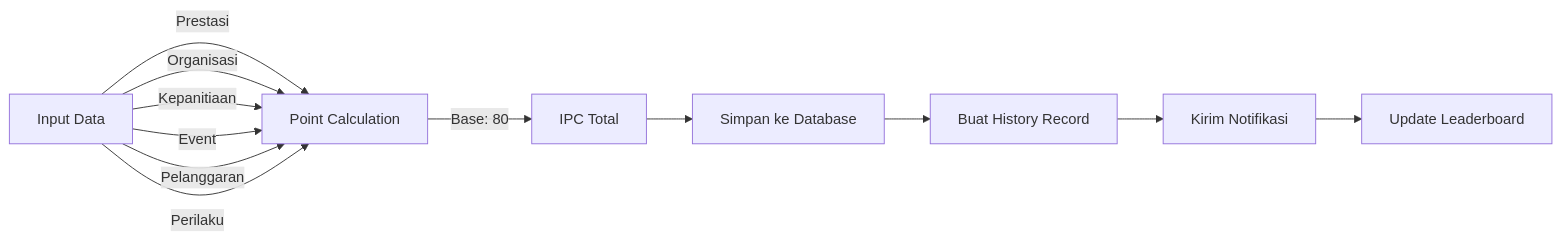
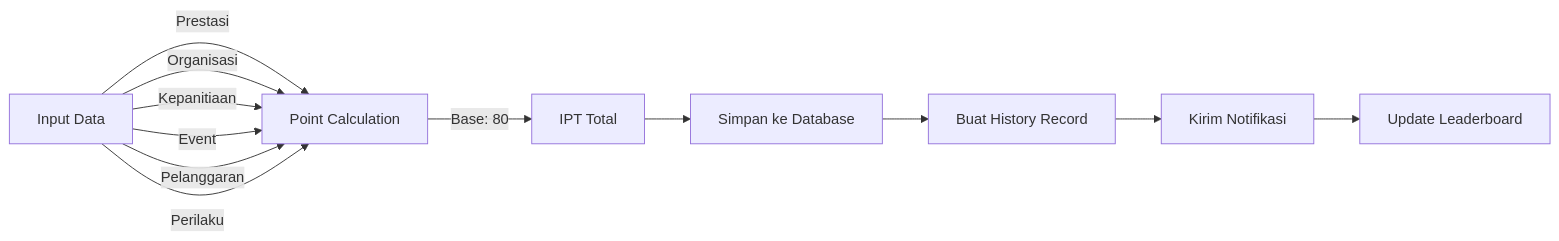
Before and after one commit to LeakEXE/ipc-system: the fifth of 6 diagrams in DOCUMENTATION.md, drawn with Mermaid. The commit also changed other lines of this file and 91 other files, not shown here.

Commit message:
refactor: Sistem IPC -> Mandara Talenta refactor: IPC (Individual Point Card) -> IPT (Individual Point Talent)

````diff
--- a/DOCUMENTATION.md
+++ b/DOCUMENTATION.md
@@ -336,15 +336,15 @@
 ```mermaid
 flowchart LR
     A[Input Data] -->|Prestasi| B[Point Calculation]
     A -->|Organisasi| B
     A -->|Kepanitiaan| B
     A -->|Event| B
     A -->|Pelanggaran| B
     A -->|Perilaku| B
     
-    B -->|Base: 80| C[IPC Total]
+    B -->|Base: 80| C[IPT Total]
     C --> D[Simpan ke Database]
     D --> E[Buat History Record]
     E --> F[Kirim Notifikasi]
     F --> G[Update Leaderboard]
 ```
````
